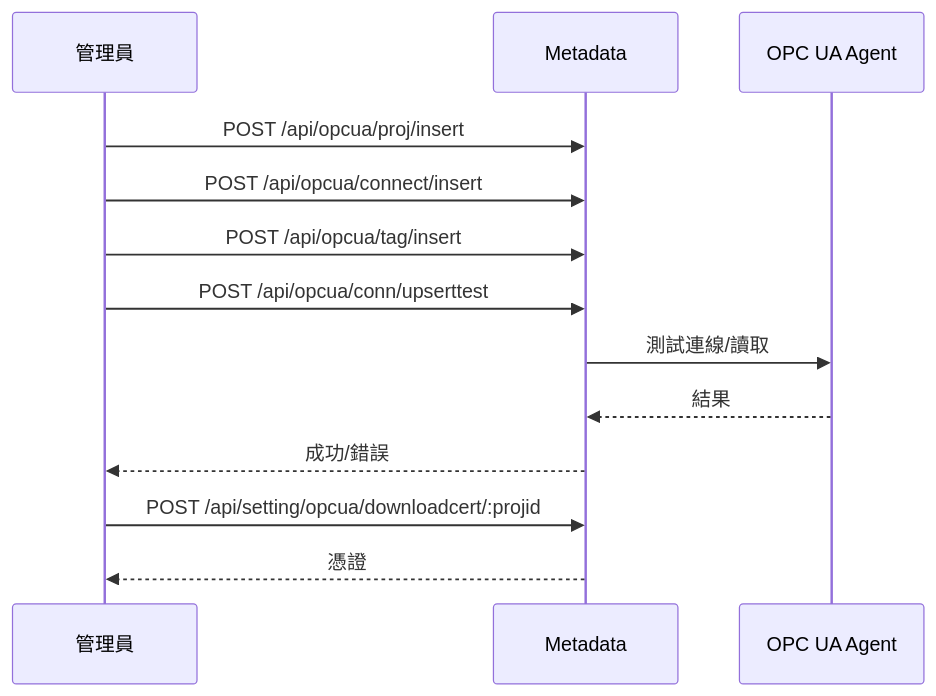
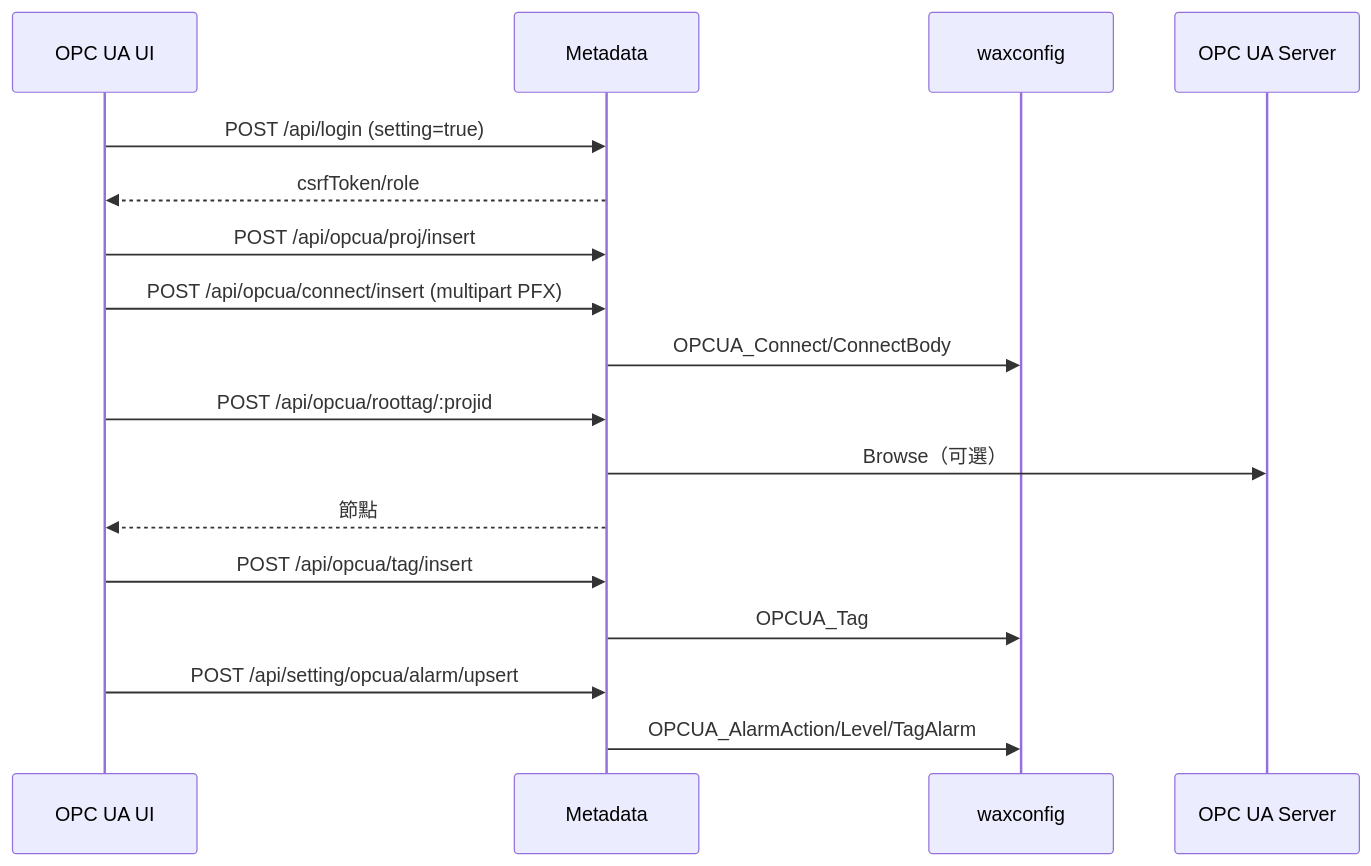
Before and after one commit to PochengChen-del/EdgeViewDoc: diagram 11 of 17 in SDS/09_Key_Flows.md, drawn with Mermaid. The commit also changed other lines of this file and 20 other files, not shown here.

````diff
--- a/SDS/09_Key_Flows.md
+++ b/SDS/09_Key_Flows.md
@@ -271,16 +273,19 @@
 ```mermaid
 sequenceDiagram
-    participant A as 管理員
+    participant U as OPC UA UI
     participant M as Metadata
-    participant O as OPC UA Agent
-
-    A->>M: POST /api/opcua/proj/insert
-    A->>M: POST /api/opcua/connect/insert
-    A->>M: POST /api/opcua/tag/insert
-    A->>M: POST /api/opcua/conn/upserttest
-    M->>O: 測試連線/讀取
-    O-->>M: 結果
-    M-->>A: 成功/錯誤
-    A->>M: POST /api/setting/opcua/downloadcert/:projid
-    M-->>A: 憑證
+    participant DB as waxconfig
+    participant O as OPC UA Server
+    U->>M: POST /api/login (setting=true)
+    M-->>U: csrfToken/role
+    U->>M: POST /api/opcua/proj/insert
+    U->>M: POST /api/opcua/connect/insert (multipart PFX)
+    M->>DB: OPCUA_Connect/ConnectBody
+    U->>M: POST /api/opcua/roottag/:projid
+    M->>O: Browse（可選）
+    M-->>U: 節點
+    U->>M: POST /api/opcua/tag/insert
+    M->>DB: OPCUA_Tag
+    U->>M: POST /api/setting/opcua/alarm/upsert
+    M->>DB: OPCUA_AlarmAction/Level/TagAlarm
 ```
````
